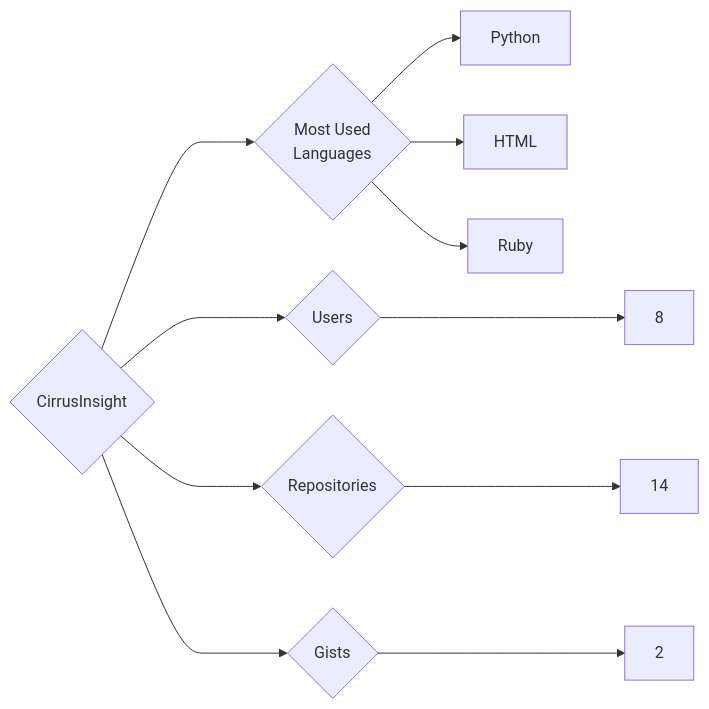
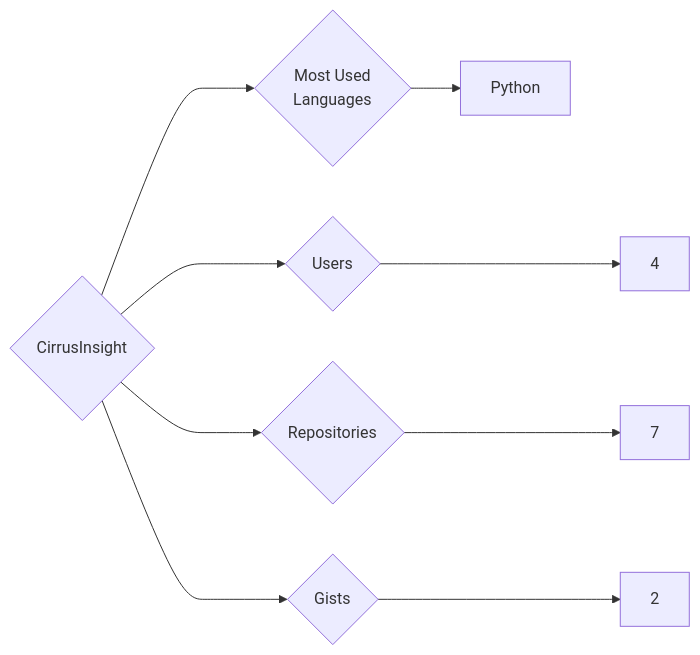
One commit to trickest/insiders changed the diagram in targets/CirrusInsight/README.md. Above: the diagram before and after it, drawn with Mermaid. The commit also changed 1212 other files, not shown here.

````diff
--- a/targets/CirrusInsight/README.md
+++ b/targets/CirrusInsight/README.md
@@ -3,11 +3,9 @@
 ```mermaid
 graph LR
 COMPANY_NAME{CirrusInsight}
-COMPANY_NAME ---> U{Users} ---> UN[8]
-COMPANY_NAME ---> R{Repositories} ---> RN[14]
+COMPANY_NAME ---> U{Users} ---> UN[4]
+COMPANY_NAME ---> R{Repositories} ---> RN[7]
 COMPANY_NAME ---> G{Gists} ---> GN[2]
 COMPANY_NAME ---> ML{Most Used<br>Languages}
 ML --> Python[Python]
-ML --> HTML[HTML]
-ML --> Ruby[Ruby]
 ```
````
